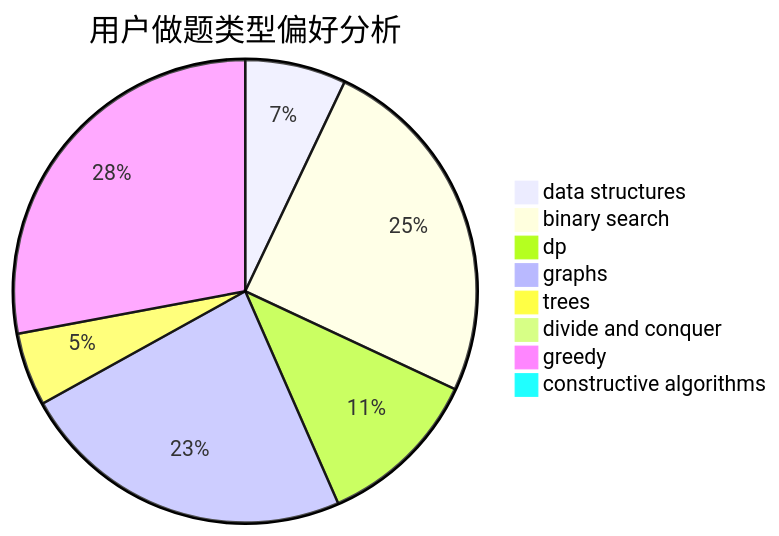
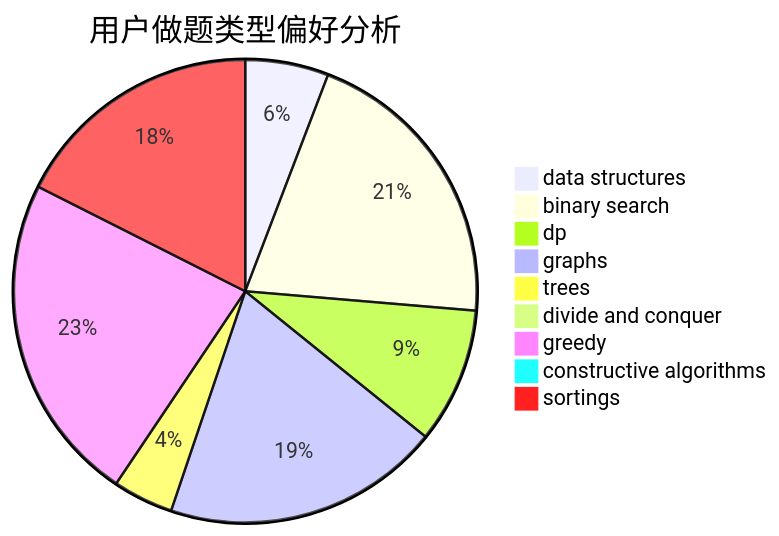
The second of 3 diagrams in docs/user/u772.md (sherpahu/cfrs.github.io), drawn with Mermaid before and after one commit. The commit also changed other lines of this file and 2769 other files, not shown here.

````diff
--- a/docs/user/u772.md
+++ b/docs/user/u772.md
@@ -23,11 +18,12 @@
 ```mermaid
 pie title 用户做题类型偏好分析
     "data structures" :  51
     "binary search" :  180
     "dp" :  83
     "graphs" :  170
     "trees" :  37
     "divide and conquer" :  1
     "greedy" :  202
     "constructive algorithms" :  0
+    "sortings" :  154
 ```
````
